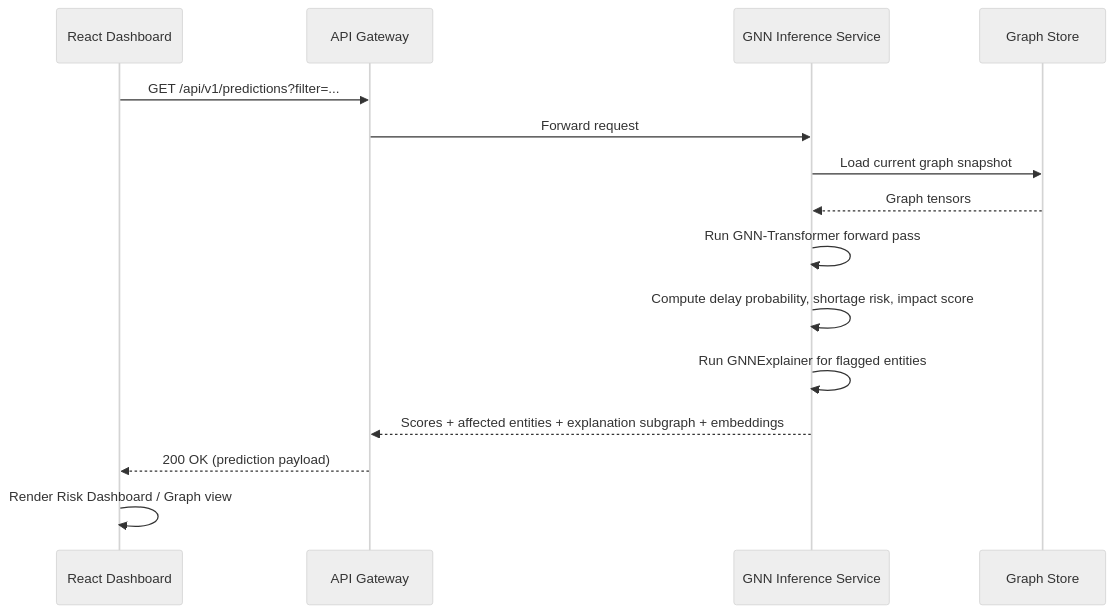
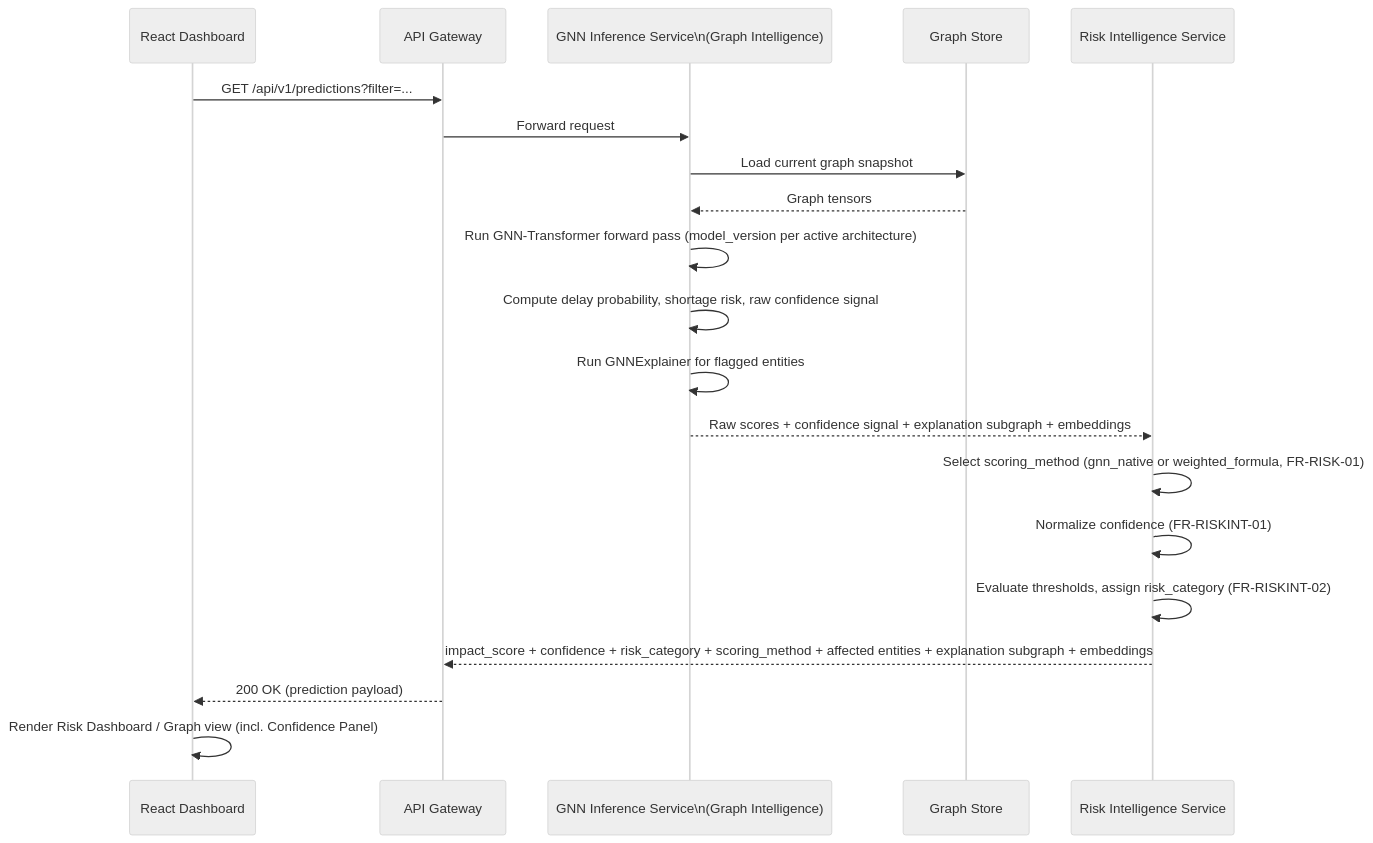
The third of 15 diagrams in docs/04_Application_Flow.md (murali-ftw/ChainPilot), drawn with Mermaid (neutral theme) before and after one commit. The commit also changed other lines of this file and 17 other files, not shown here.

````diff
--- a/docs/04_Application_Flow.md
+++ b/docs/04_Application_Flow.md
@@ -110,18 +116,23 @@
 ```mermaid
 sequenceDiagram
     participant FE as React Dashboard
     participant GW as API Gateway
-    participant GNN as GNN Inference Service
+    participant GNN as GNN Inference Service\n(Graph Intelligence)
     participant GS as Graph Store
+    participant RISKINT as Risk Intelligence Service
 
     FE->>GW: GET /api/v1/predictions?filter=...
     GW->>GNN: Forward request
     GNN->>GS: Load current graph snapshot
     GS-->>GNN: Graph tensors
-    GNN->>GNN: Run GNN-Transformer forward pass
-    GNN->>GNN: Compute delay probability, shortage risk, impact score
+    GNN->>GNN: Run GNN-Transformer forward pass (model_version per active architecture)
+    GNN->>GNN: Compute delay probability, shortage risk, raw confidence signal
     GNN->>GNN: Run GNNExplainer for flagged entities
-    GNN-->>GW: Scores + affected entities + explanation subgraph + embeddings
+    GNN-->>RISKINT: Raw scores + confidence signal + explanation subgraph + embeddings
+    RISKINT->>RISKINT: Select scoring_method (gnn_native or weighted_formula, FR-RISK-01)
+    RISKINT->>RISKINT: Normalize confidence (FR-RISKINT-01)
+    RISKINT->>RISKINT: Evaluate thresholds, assign risk_category (FR-RISKINT-02)
+    RISKINT-->>GW: impact_score + confidence + risk_category + scoring_method + affected entities + explanation subgraph + embeddings
     GW-->>FE: 200 OK (prediction payload)
-    FE->>FE: Render Risk Dashboard / Graph view
+    FE->>FE: Render Risk Dashboard / Graph view (incl. Confidence Panel)
 ```
````
